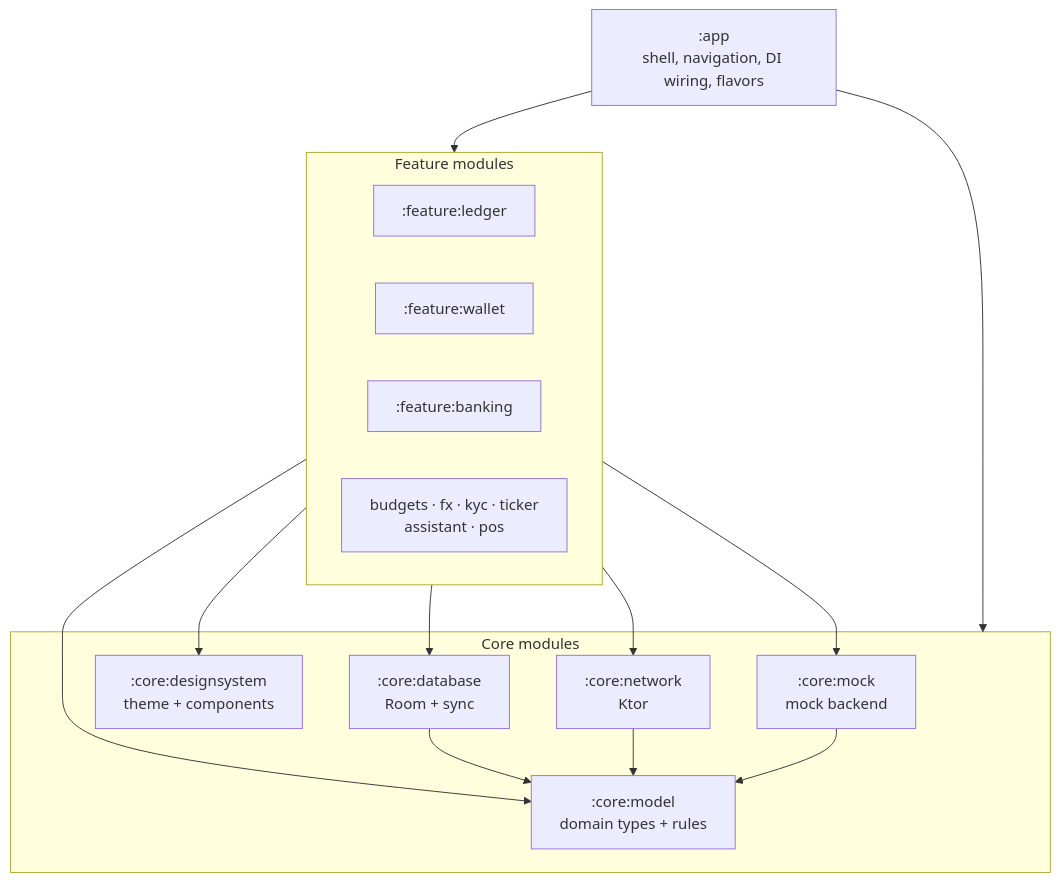
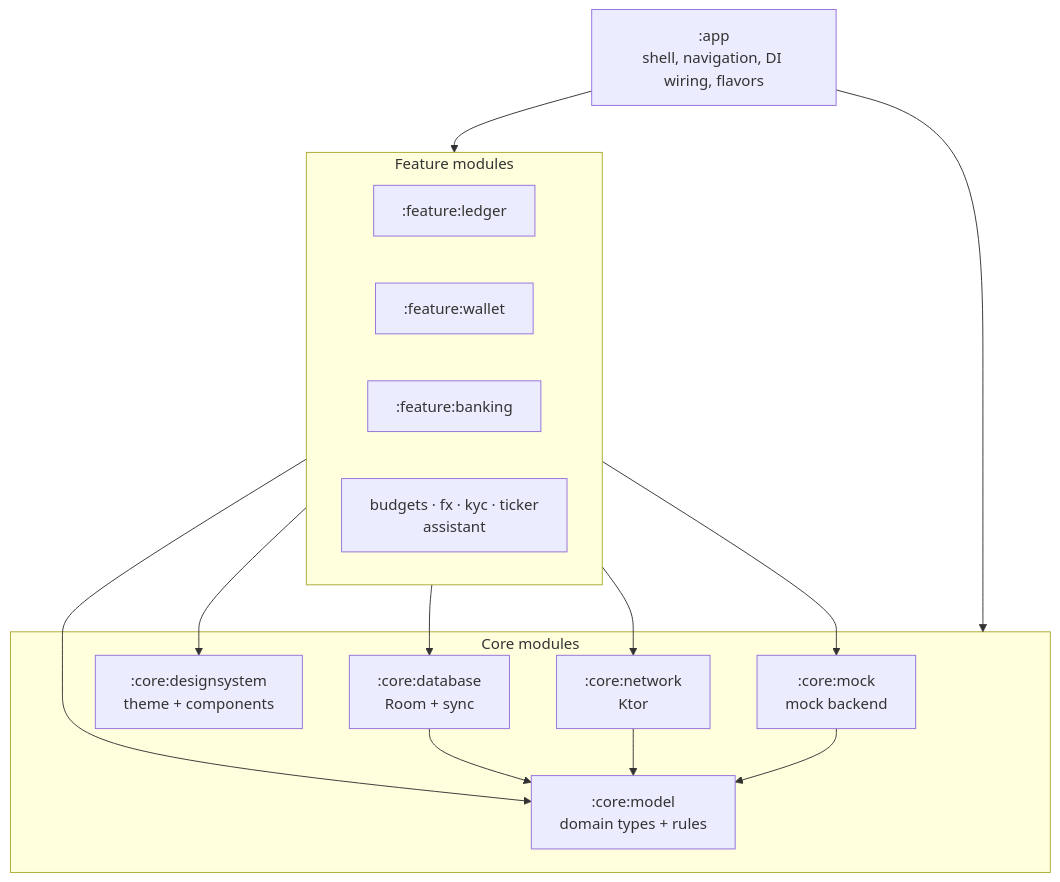
The first of 2 diagrams in docs/ARCHITECTURE.md (sourabhrustagi/Personal-ledger-android), drawn with Mermaid before and after one commit. The commit also changed other lines of this file, not shown here.

Commit message:
Update ARCHITECTURE.md to remove :feature:pos references

````diff
--- a/docs/ARCHITECTURE.md
+++ b/docs/ARCHITECTURE.md
@@ -9,27 +9,27 @@
 ```mermaid
 flowchart TD
     app[":app<br/>shell, navigation, DI wiring, flavors"]
     subgraph features [Feature modules]
         ledger[":feature:ledger"]
         wallet[":feature:wallet"]
         banking[":feature:banking"]
-        others["budgets · fx · kyc · ticker<br/>assistant · pos"]
+        others["budgets · fx · kyc · ticker<br/>assistant"]
     end
     subgraph core [Core modules]
         model[":core:model<br/>domain types + rules"]
         db[":core:database<br/>Room + sync"]
         net[":core:network<br/>Ktor"]
         ds[":core:designsystem<br/>theme + components"]
         mock[":core:mock<br/>mock backend"]
     end
     app --> features
     app --> core
     features --> model
     features --> ds
     features --> db
     features --> net
     features --> mock
     db --> model
     net --> model
     mock --> model
 ```
````
